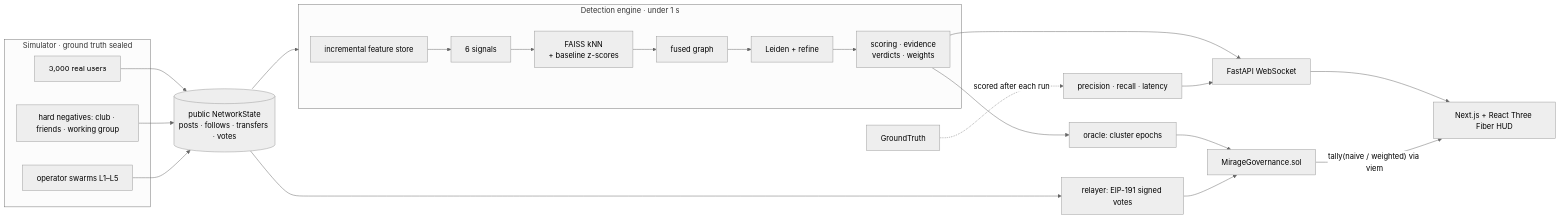
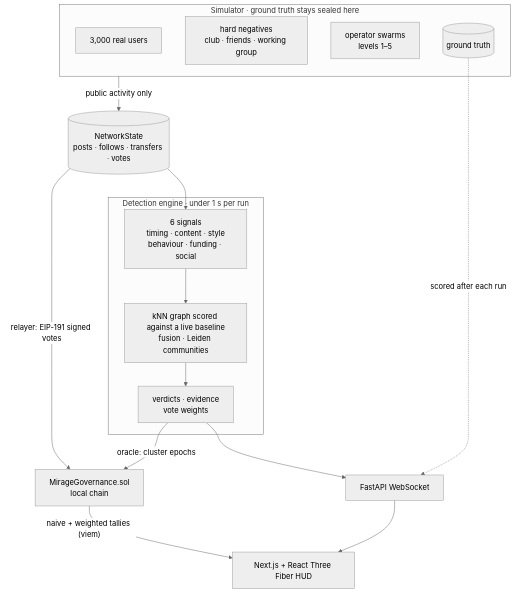
The diagram in README.md (Mohammad-Umar7/mirage), drawn with Mermaid (neutral theme) before and after one commit.

Commit message:
Lay out the architecture diagram top-down for readability

````diff
--- a/README.md
+++ b/README.md
@@ -123,18 +123,19 @@
 ```mermaid
-flowchart LR
-  subgraph SIM["Simulator · ground truth sealed"]
+flowchart TB
+  subgraph SIM["Simulator · ground truth stays sealed here"]
     RU["3,000 real users"]
-    HN["hard negatives: club · friends · working group"]
-    SW["operator swarms L1–L5"]
+    HN["hard negatives<br/>club · friends · working group"]
+    SW["operator swarms<br/>levels 1–5"]
+    TRUTH[("ground truth")]
   end
-  RU & HN & SW --> NET[("public NetworkState<br/>posts · follows · transfers · votes")]
-  NET --> DET
-  subgraph DET["Detection engine · under 1 s"]
-    FS["incremental feature store"] --> SIG["6 signals"] --> KNN["FAISS kNN<br/>+ baseline z-scores"] --> FUSE["fused graph"] --> LEI["Leiden + refine"] --> SCORE["scoring · evidence<br/>verdicts · weights"]
+  SIM -- "public activity only" --> NET[("NetworkState<br/>posts · follows · transfers · votes")]
+  subgraph DET["Detection engine · under 1 s per run"]
+    SIG["6 signals<br/>timing · content · style<br/>behaviour · funding · social"] --> G["kNN graph scored against a live baseline<br/>fusion · Leiden communities"] --> SC["verdicts · evidence<br/>vote weights"]
   end
-  SCORE --> WS["FastAPI WebSocket"] --> WEB["Next.js + React Three Fiber HUD"]
-  SCORE --> ORA["oracle: cluster epochs"] --> GOV["MirageGovernance.sol"]
-  NET --> REL["relayer: EIP-191 signed votes"] --> GOV
-  GOV -- "tally(naive / weighted) via viem" --> WEB
-  TRUTH["GroundTruth"] -. "scored after each run" .-> MET["precision · recall · latency"] --> WS
+  NET --> SIG
+  SC --> WS["FastAPI WebSocket"] --> WEB["Next.js + React Three Fiber HUD"]
+  SC -- "oracle: cluster epochs" --> GOV["MirageGovernance.sol<br/>local chain"]
+  NET -- "relayer: EIP-191 signed votes" --> GOV
+  GOV -- "naive + weighted tallies (viem)" --> WEB
+  TRUTH -. "scored after each run" .-> WS
 ```
````
